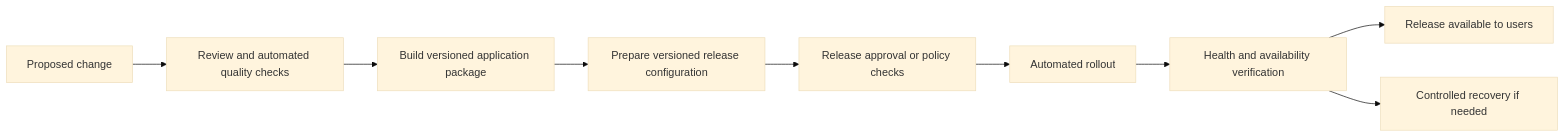
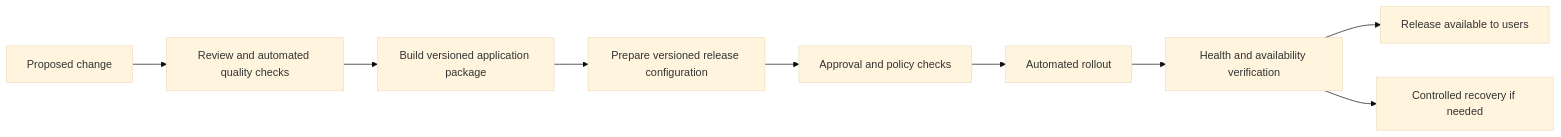
The sixth of 6 diagrams in nammuru_solution_architecture.md (nammuru2026-vishnu/Nammuru.org), drawn with Mermaid (base theme) before and after one commit. The commit also changed other lines of this file, not shown here.

Commit message:
Add public-safe Mermaid system design and deployment architecture diagrams

````diff
--- a/nammuru_solution_architecture.md
+++ b/nammuru_solution_architecture.md
@@ -117,11 +154,11 @@
 ```mermaid
 flowchart LR
     CHANGE[Proposed change] --> REVIEW[Review and automated quality checks]
     REVIEW --> PACKAGE[Build versioned application package]
     PACKAGE --> CONFIG[Prepare versioned release configuration]
-    CONFIG --> APPROVAL[Release approval or policy checks]
-    APPROVAL --> DEPLOY[Automated rollout]
+    CONFIG --> POLICY[Approval and policy checks]
+    POLICY --> DEPLOY[Automated rollout]
     DEPLOY --> VERIFY[Health and availability verification]
     VERIFY --> READY[Release available to users]
     VERIFY --> RECOVER[Controlled recovery if needed]
 ```
````
